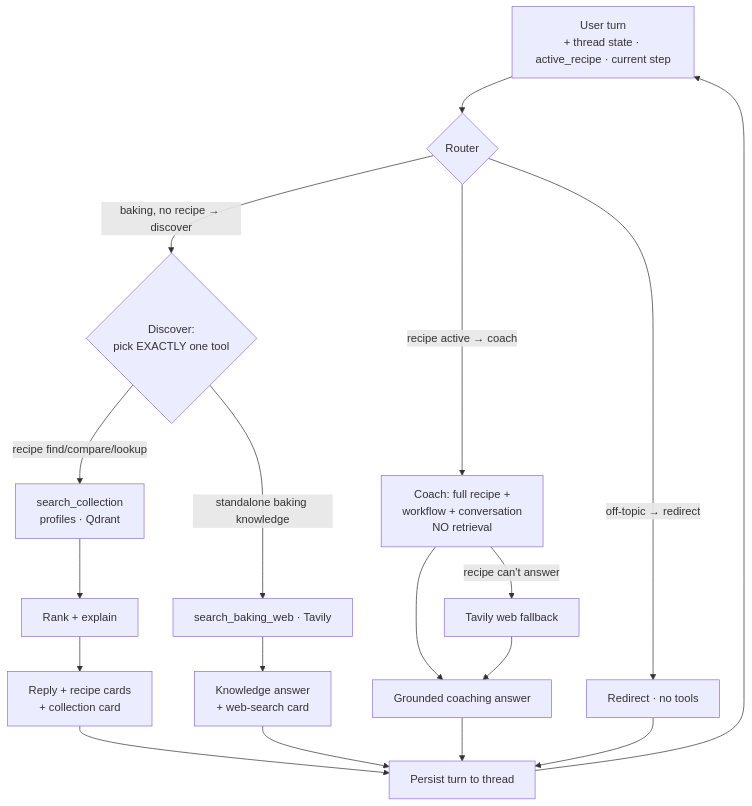
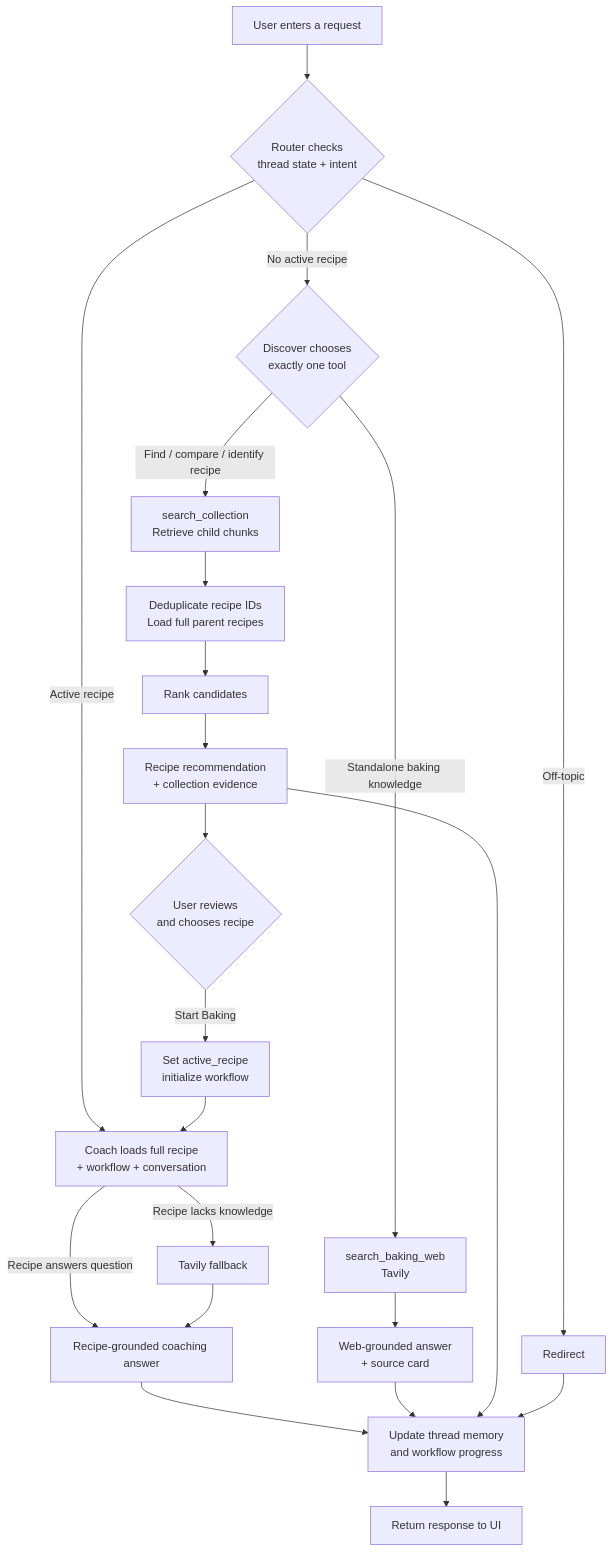
The third of 3 diagrams in SUBMISSION.md (xx257/bake-me-up), drawn with Mermaid before and after one commit. The commit also changed other lines of this file and 1 other file, not shown here.

First line of the commit message:
SUBMISSION.md + README: final write-up (all 7 tasks, parent-child, Loom)

````diff
--- a/SUBMISSION.md
+++ b/SUBMISSION.md
@@ -167,19 +110,25 @@
 ```mermaid
+
 flowchart TD
-    U[User turn<br/>+ thread state · active_recipe · current step] --> R{Router}
-    R -->|recipe active → coach| CO[Coach: full recipe +<br/>workflow + conversation<br/>NO retrieval]
-    R -->|baking, no recipe → discover| DIS{Discover:<br/>pick EXACTLY one tool}
-    R -->|off-topic → redirect| RED[Redirect · no tools]
-    DIS -->|recipe find/compare/lookup| SC[search_collection<br/>profiles · Qdrant]
-    DIS -->|standalone baking knowledge| SW[search_baking_web · Tavily]
-    SC --> RANK[Rank + explain] --> CARDS[Reply + recipe cards<br/>+ collection card]
-    SW --> WANS[Knowledge answer<br/>+ web-search card]
-    CO -->|recipe can't answer| EXT[Tavily web fallback]
-    CO --> ANS[Grounded coaching answer]
-    EXT --> ANS
-    CARDS --> SAVE[Persist turn to thread]
-    WANS --> SAVE
-    ANS --> SAVE
-    RED --> SAVE
-    SAVE --> U
+    U[User enters a request] --> R{Router checks<br/>thread state + intent}
+    R -->|Off-topic| RED[Redirect]
+    R -->|No active recipe| D{Discover chooses<br/>exactly one tool}
+    R -->|Active recipe| C[Coach loads full recipe<br/>+ workflow + conversation]
+    D -->|Find / compare / identify recipe| Q[search_collection<br/>Retrieve child chunks]
+    D -->|Standalone baking knowledge| T[search_baking_web<br/>Tavily]
+    Q --> PAR[Deduplicate recipe IDs<br/>Load full parent recipes]
+    PAR --> RK[Rank candidates]
+    RK --> REC[Recipe recommendation<br/>+ collection evidence]
+    T --> WEB[Web-grounded answer<br/>+ source card]
+    REC --> H{User reviews<br/>and chooses recipe}
+    H -->|Start Baking| A[Set active_recipe<br/>initialize workflow]
+    A --> C
+    C -->|Recipe answers question| CA[Recipe-grounded coaching answer]
+    C -->|Recipe lacks knowledge| TF[Tavily fallback]
+    TF --> CA
+    CA --> P[Update thread memory<br/>and workflow progress]
+    WEB --> P
+    REC --> P
+    RED --> P
+    P --> O[Return response to UI]
 ```
````
